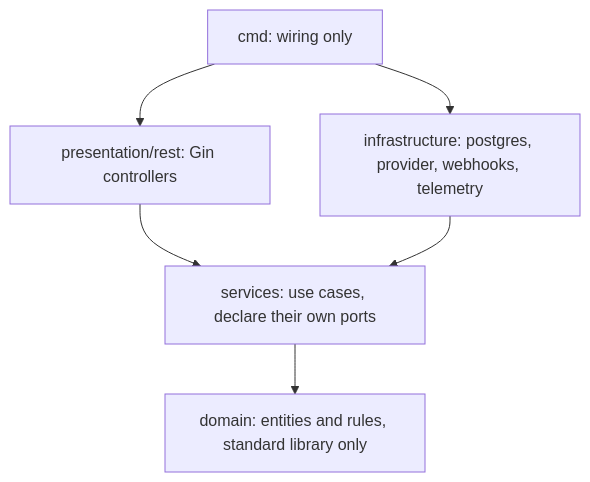
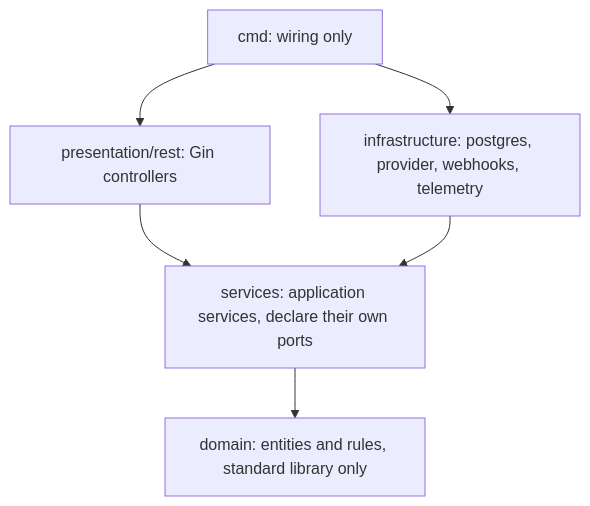
One commit to UrielJaloto/paygo changed the diagram in README.md. Above: the diagram before and after it, drawn with Mermaid. The commit also changed other lines of this file and 420 other files, not shown here.

````diff
--- a/README.md
+++ b/README.md
@@ -19,8 +19,8 @@
 ```mermaid
 flowchart TD
     cmd["cmd: wiring only"] --> presentation["presentation/rest: Gin controllers"]
     cmd --> infrastructure["infrastructure: postgres, provider, webhooks, telemetry"]
-    presentation --> services["services: use cases, declare their own ports"]
+    presentation --> services["services: application services, declare their own ports"]
     infrastructure --> services
     services --> domain["domain: entities and rules, standard library only"]
 ```
````
